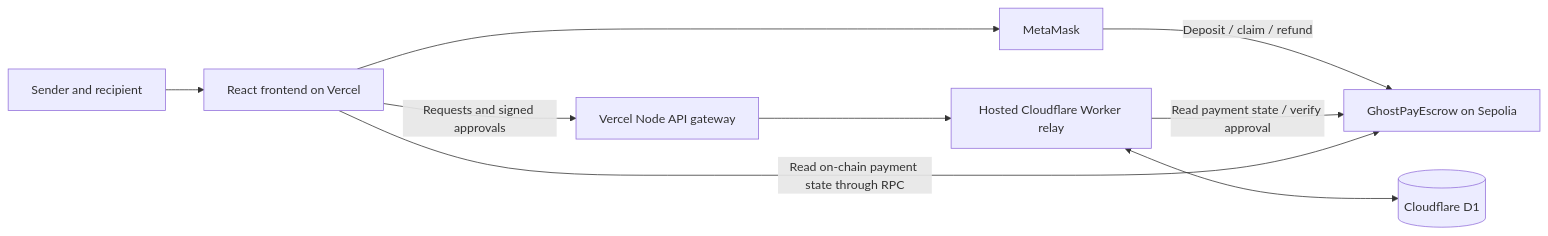
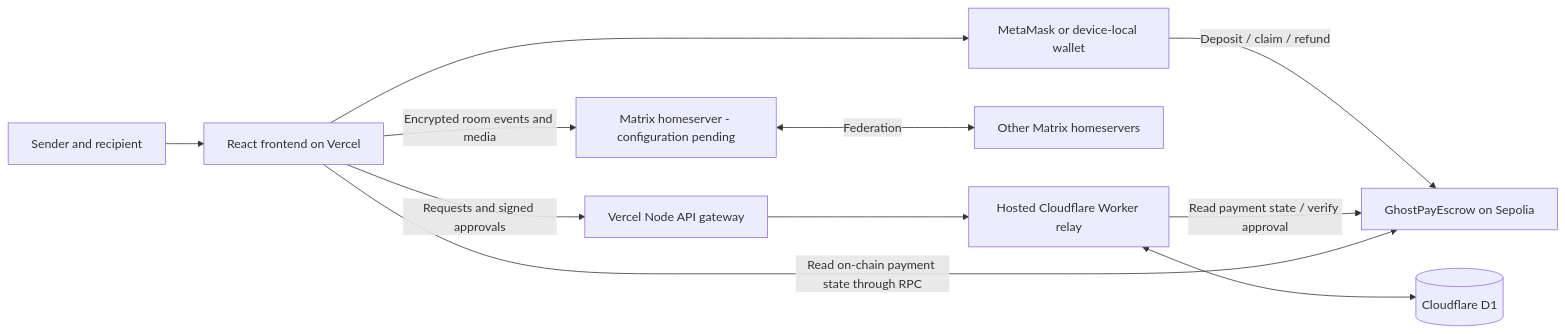
Before and after one commit to prembharne/GHostPay: the diagram in README.md, drawn with Mermaid. The commit also changed other lines of this file and 62 other files, not shown here.

Commit message:
Build Matrix messenger UI with in-chat Sepolia payments and self-custodial wallet

````diff
--- a/README.md
+++ b/README.md
@@ -76,11 +96,13 @@
 ```mermaid
 flowchart LR
     U[Sender and recipient] --> F[React frontend on Vercel]
-    F --> W[MetaMask]
+    F --> W[MetaMask or device-local wallet]
+    F -->|Encrypted room events and media| M[Matrix homeserver - configuration pending]
+    M <-->|Federation| O[Other Matrix homeservers]
     W -->|Deposit / claim / refund| C[GhostPayEscrow on Sepolia]
     F -->|Requests and signed approvals| G[Vercel Node API gateway]
     G --> R[Hosted Cloudflare Worker relay]
     R <--> D[(Cloudflare D1)]
     R -->|Read payment state / verify approval| C
     F -->|Read on-chain payment state through RPC| C
 ```
````
